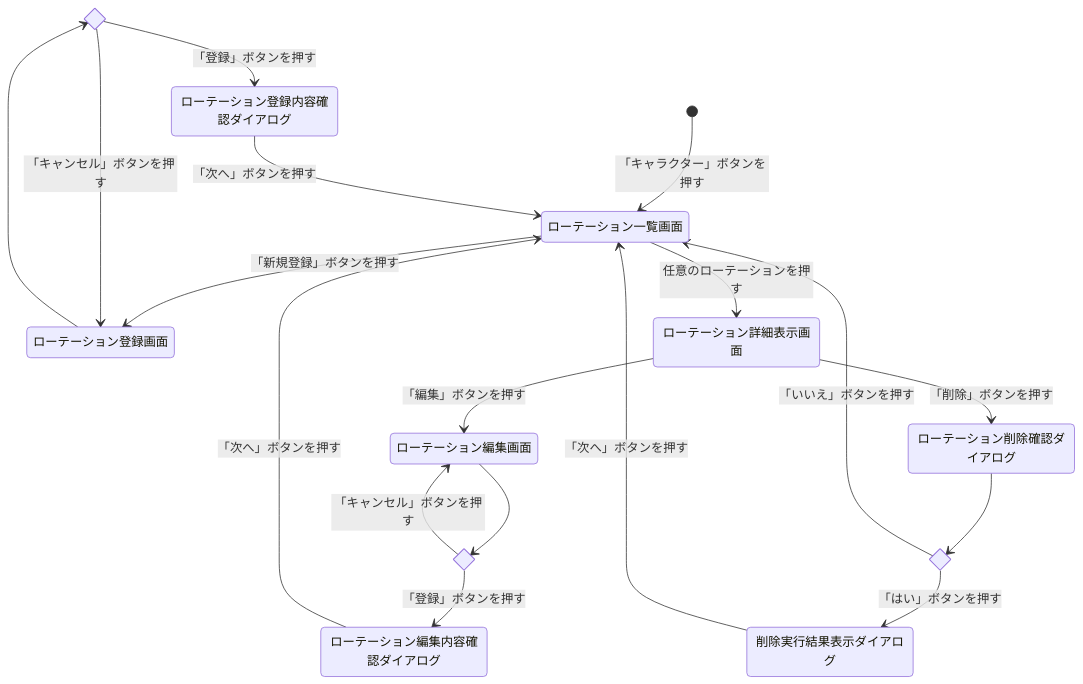
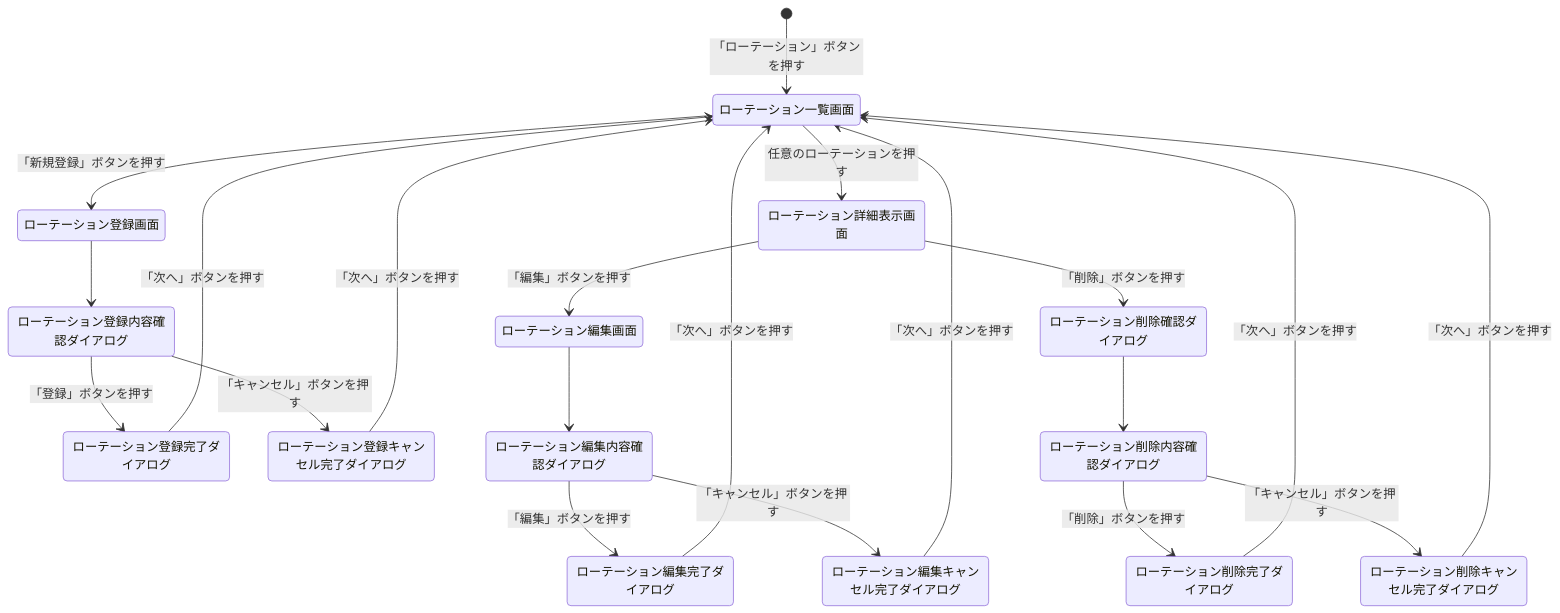
One commit to Ryosuke-Yamasaki/Genshin-Desktop-App changed the third of 6 diagrams in README.md. Above: the diagram before and after it, drawn with Mermaid. The commit also changed other lines of this file, not shown here.

````diff
--- a/README.md
+++ b/README.md
@@ -235,24 +285,23 @@
 ```mermaid
 stateDiagram-v2
-  state if_登録 <<choice>>
-  state if_編集 <<choice>>
-  state if_削除 <<choice>>
-
-  [*] --> ローテーション一覧画面 : 「キャラクター」ボタンを押す
+  [*] --> ローテーション一覧画面 : 「ローテーション」ボタンを押す
   ローテーション一覧画面 --> ローテーション登録画面 : 「新規登録」ボタンを押す
   ローテーション一覧画面 --> ローテーション詳細表示画面 : 任意のローテーションを押す
   ローテーション詳細表示画面 --> ローテーション編集画面 : 「編集」ボタンを押す
   ローテーション詳細表示画面 --> ローテーション削除確認ダイアログ : 「削除」ボタンを押す
-  ローテーション登録画面 --> if_登録
-  if_登録 --> ローテーション登録内容確認ダイアログ : 「登録」ボタンを押す
-  if_登録 --> ローテーション登録画面 : 「キャンセル」ボタンを押す
-  ローテーション登録内容確認ダイアログ --> ローテーション一覧画面 : 「次へ」ボタンを押す
-  ローテーション編集画面 --> if_編集
-  if_編集 --> ローテーション編集内容確認ダイアログ : 「登録」ボタンを押す
-  if_編集 --> ローテーション編集画面 : 「キャンセル」ボタンを押す
-  ローテーション編集内容確認ダイアログ --> ローテーション一覧画面 : 「次へ」ボタンを押す
-  ローテーション削除確認ダイアログ --> if_削除
-  if_削除 --> 削除実行結果表示ダイアログ : 「はい」ボタンを押す
-  if_削除 --> ローテーション一覧画面 : 「いいえ」ボタンを押す
-  削除実行結果表示ダイアログ --> ローテーション一覧画面 : 「次へ」ボタンを押す
+  ローテーション登録画面 --> ローテーション登録内容確認ダイアログ
+  ローテーション登録内容確認ダイアログ --> ローテーション登録完了ダイアログ : 「登録」ボタンを押す
+  ローテーション登録内容確認ダイアログ --> ローテーション登録キャンセル完了ダイアログ : 「キャンセル」ボタンを押す
+  ローテーション登録完了ダイアログ --> ローテーション一覧画面 : 「次へ」ボタンを押す
+  ローテーション登録キャンセル完了ダイアログ --> ローテーション一覧画面 : 「次へ」ボタンを押す
+  ローテーション編集画面 --> ローテーション編集内容確認ダイアログ
+  ローテーション編集内容確認ダイアログ --> ローテーション編集完了ダイアログ : 「編集」ボタンを押す
+  ローテーション編集内容確認ダイアログ --> ローテーション編集キャンセル完了ダイアログ : 「キャンセル」ボタンを押す
+  ローテーション編集完了ダイアログ --> ローテーション一覧画面 : 「次へ」ボタンを押す
+  ローテーション編集キャンセル完了ダイアログ --> ローテーション一覧画面 : 「次へ」ボタンを押す
+  ローテーション削除確認ダイアログ --> ローテーション削除内容確認ダイアログ
+  ローテーション削除内容確認ダイアログ --> ローテーション削除完了ダイアログ : 「削除」ボタンを押す
+  ローテーション削除内容確認ダイアログ --> ローテーション削除キャンセル完了ダイアログ : 「キャンセル」ボタンを押す
+  ローテーション削除完了ダイアログ --> ローテーション一覧画面 : 「次へ」ボタンを押す
+  ローテーション削除キャンセル完了ダイアログ --> ローテーション一覧画面 : 「次へ」ボタンを押す
 ```
````
